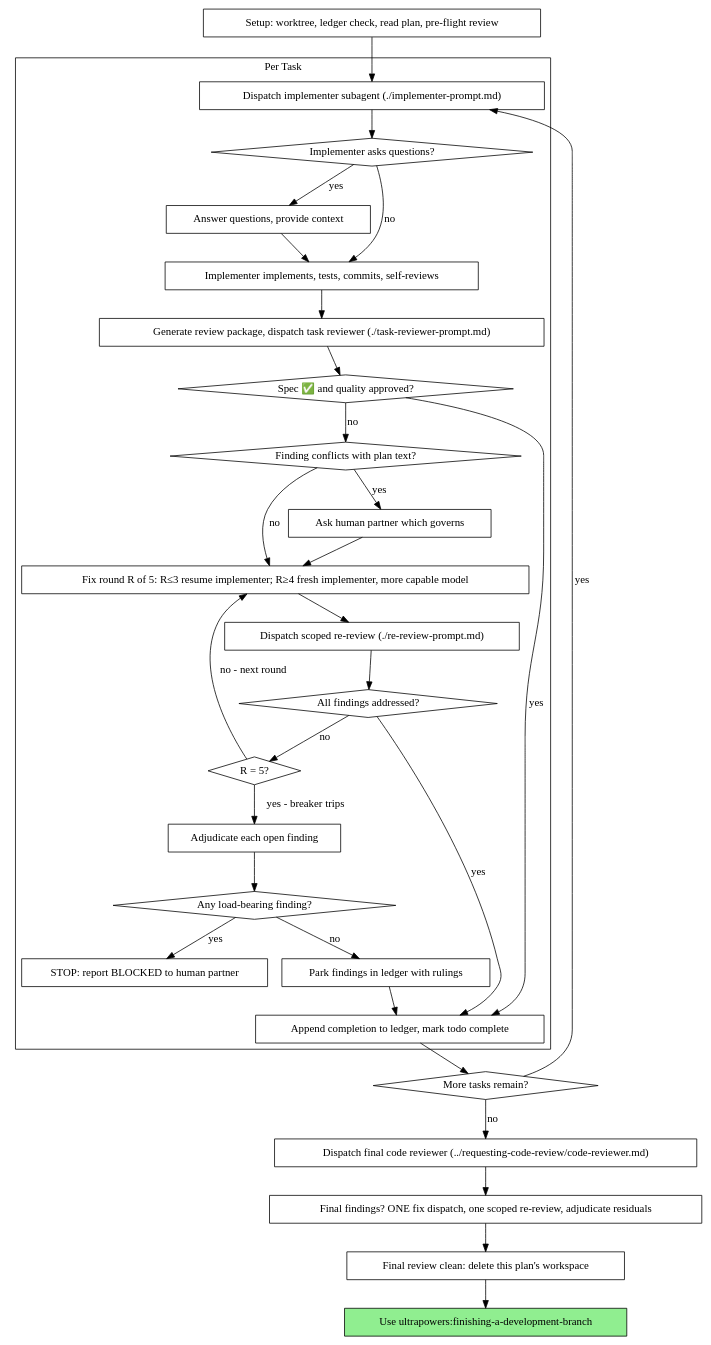
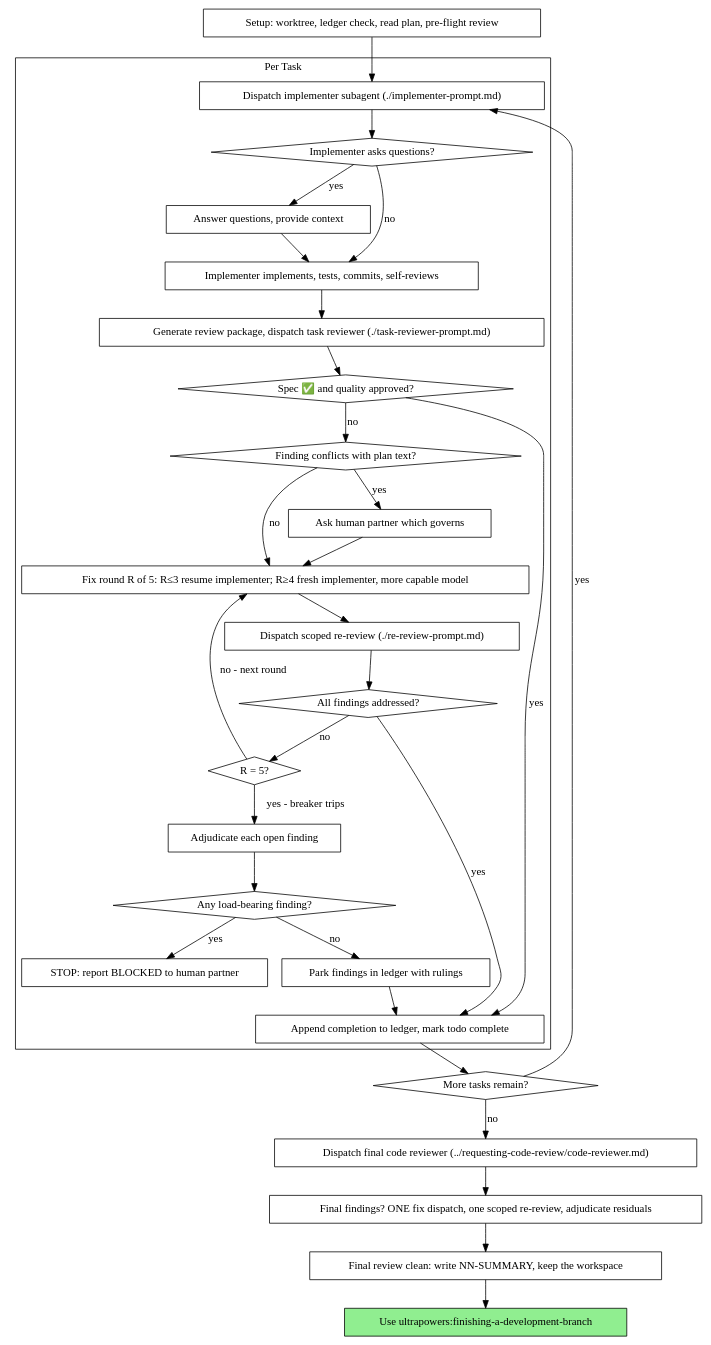
The second of 2 diagrams in plugins/ultrapowers/skills/subagent-driven-development/SKILL.md (axazolai/ultrapowers), drawn with Graphviz before and after one commit. The commit also changed other lines of this file and 8 other files, not shown here.

````diff
--- a/plugins/ultrapowers/skills/subagent-driven-development/SKILL.md
+++ b/plugins/ultrapowers/skills/subagent-driven-development/SKILL.md
@@ -47,62 +79,62 @@
 ```dot
 digraph process {
     rankdir=TB;
 
     subgraph cluster_per_task {
         label="Per Task";
         "Dispatch implementer subagent (./implementer-prompt.md)" [shape=box];
         "Implementer asks questions?" [shape=diamond];
         "Answer questions, provide context" [shape=box];
         "Implementer implements, tests, commits, self-reviews" [shape=box];
         "Generate review package, dispatch task reviewer (./task-reviewer-prompt.md)" [shape=box];
         "Spec ✅ and quality approved?" [shape=diamond];
         "Finding conflicts with plan text?" [shape=diamond];
         "Ask human partner which governs" [shape=box];
         "Fix round R of 5: R≤3 resume implementer; R≥4 fresh implementer, more capable model" [shape=box];
         "Dispatch scoped re-review (./re-review-prompt.md)" [shape=box];
         "All findings addressed?" [shape=diamond];
         "R = 5?" [shape=diamond];
         "Adjudicate each open finding" [shape=box];
         "Any load-bearing finding?" [shape=diamond];
         "STOP: report BLOCKED to human partner" [shape=box];
         "Park findings in ledger with rulings" [shape=box];
         "Append completion to ledger, mark todo complete" [shape=box];
     }
 
     "Setup: worktree, ledger check, read plan, pre-flight review" [shape=box];
     "More tasks remain?" [shape=diamond];
     "Dispatch final code reviewer (../requesting-code-review/code-reviewer.md)" [shape=box];
     "Final findings? ONE fix dispatch, one scoped re-review, adjudicate residuals" [shape=box];
-    "Final review clean: delete this plan's workspace" [shape=box];
+    "Final review clean: write NN-SUMMARY, keep the workspace" [shape=box];
     "Use ultrapowers:finishing-a-development-branch" [shape=box style=filled fillcolor=lightgreen];
 
     "Setup: worktree, ledger check, read plan, pre-flight review" -> "Dispatch implementer subagent (./implementer-prompt.md)";
     "Dispatch implementer subagent (./implementer-prompt.md)" -> "Implementer asks questions?";
     "Implementer asks questions?" -> "Answer questions, provide context" [label="yes"];
     "Answer questions, provide context" -> "Implementer implements, tests, commits, self-reviews";
     "Implementer asks questions?" -> "Implementer implements, tests, commits, self-reviews" [label="no"];
     "Implementer implements, tests, commits, self-reviews" -> "Generate review package, dispatch task reviewer (./task-reviewer-prompt.md)";
     "Generate review package, dispatch task reviewer (./task-reviewer-prompt.md)" -> "Spec ✅ and quality approved?";
     "Spec ✅ and quality approved?" -> "Append completion to ledger, mark todo complete" [label="yes"];
     "Spec ✅ and quality approved?" -> "Finding conflicts with plan text?" [label="no"];
     "Finding conflicts with plan text?" -> "Ask human partner which governs" [label="yes"];
     "Ask human partner which governs" -> "Fix round R of 5: R≤3 resume implementer; R≥4 fresh implementer, more capable model";
     "Finding conflicts with plan text?" -> "Fix round R of 5: R≤3 resume implementer; R≥4 fresh implementer, more capable model" [label="no"];
     "Fix round R of 5: R≤3 resume implementer; R≥4 fresh implementer, more capable model" -> "Dispatch scoped re-review (./re-review-prompt.md)";
     "Dispatch scoped re-review (./re-review-prompt.md)" -> "All findings addressed?";
     "All findings addressed?" -> "Append completion to ledger, mark todo complete" [label="yes"];
     "All findings addressed?" -> "R = 5?" [label="no"];
     "R = 5?" -> "Fix round R of 5: R≤3 resume implementer; R≥4 fresh implementer, more capable model" [label="no - next round"];
     "R = 5?" -> "Adjudicate each open finding" [label="yes - breaker trips"];
     "Adjudicate each open finding" -> "Any load-bearing finding?";
     "Any load-bearing finding?" -> "STOP: report BLOCKED to human partner" [label="yes"];
     "Any load-bearing finding?" -> "Park findings in ledger with rulings" [label="no"];
     "Park findings in ledger with rulings" -> "Append completion to ledger, mark todo complete";
     "Append completion to ledger, mark todo complete" -> "More tasks remain?";
     "More tasks remain?" -> "Dispatch implementer subagent (./implementer-prompt.md)" [label="yes"];
     "More tasks remain?" -> "Dispatch final code reviewer (../requesting-code-review/code-reviewer.md)" [label="no"];
     "Dispatch final code reviewer (../requesting-code-review/code-reviewer.md)" -> "Final findings? ONE fix dispatch, one scoped re-review, adjudicate residuals";
-    "Final findings? ONE fix dispatch, one scoped re-review, adjudicate residuals" -> "Final review clean: delete this plan's workspace";
-    "Final review clean: delete this plan's workspace" -> "Use ultrapowers:finishing-a-development-branch";
+    "Final findings? ONE fix dispatch, one scoped re-review, adjudicate residuals" -> "Final review clean: write NN-SUMMARY, keep the workspace";
+    "Final review clean: write NN-SUMMARY, keep the workspace" -> "Use ultrapowers:finishing-a-development-branch";
 }
 ```
````
